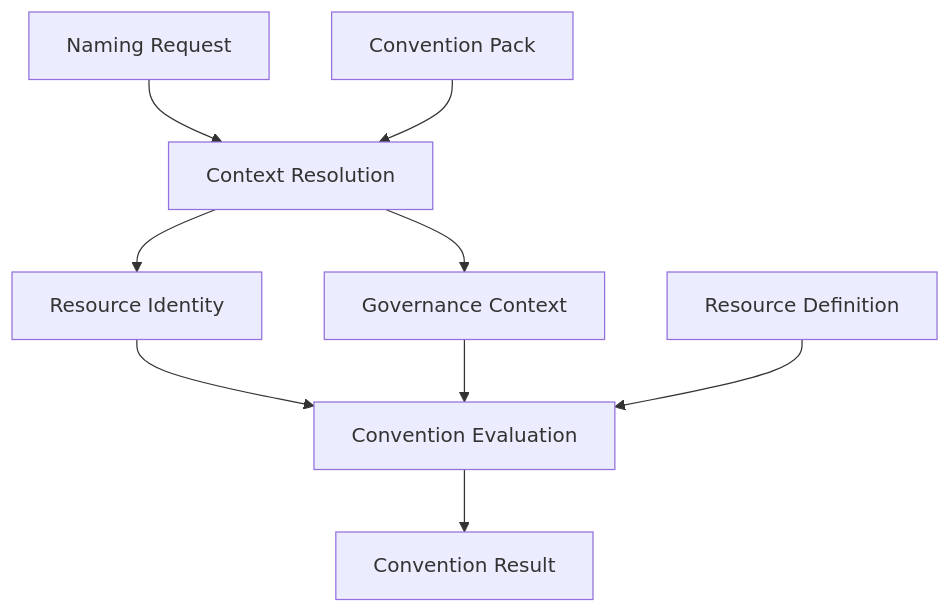
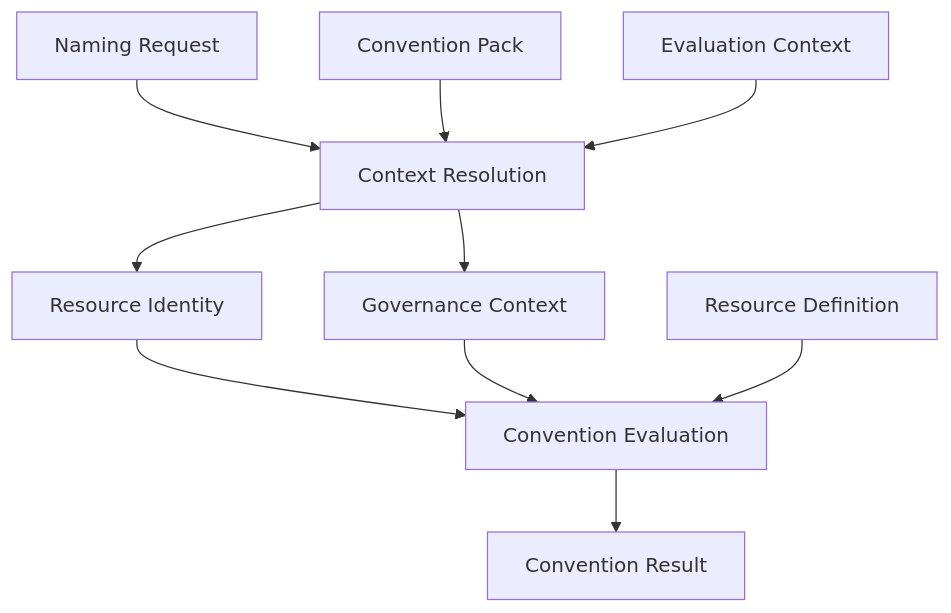
One commit to lksnext/iac-resource-conventions changed the diagram in specification/README.md. Above: the diagram before and after it, drawn with Mermaid. The commit also changed other lines of this file and 16 other files, not shown here.

````diff
--- a/specification/README.md
+++ b/specification/README.md
@@ -111,20 +149,22 @@
 ```mermaid
 flowchart TD
     NR["Naming Request"]
     CP["Convention Pack"]
+    EC["Evaluation Context"]
     CR["Context Resolution"]
     RI["Resource Identity"]
     GC["Governance Context"]
     RD["Resource Definition"]
     CE["Convention Evaluation"]
     RS["Convention Result"]
 
     NR --> CR
     CP --> CR
+    EC --> CR
     CR --> RI
     CR --> GC
     RI --> CE
     GC --> CE
     RD --> CE
     CE --> RS
 ```
````
